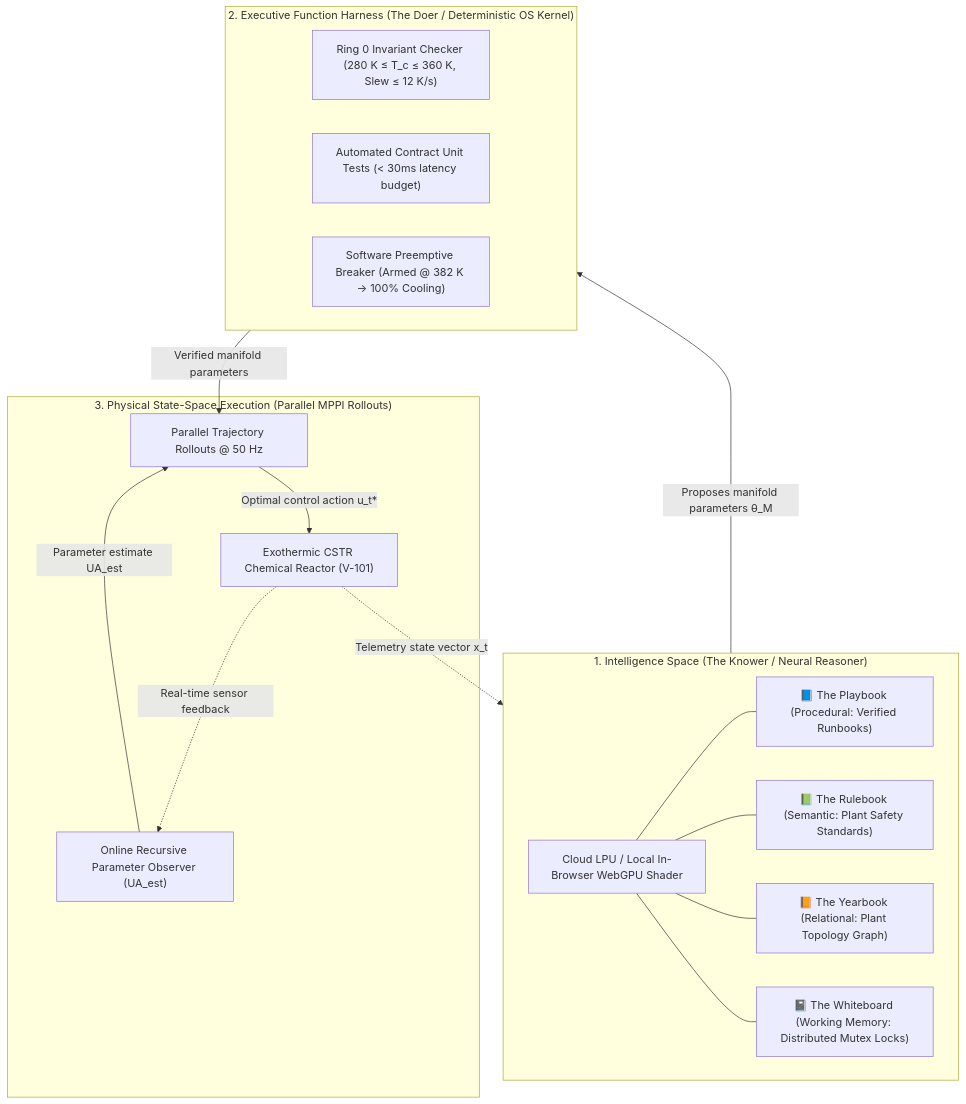
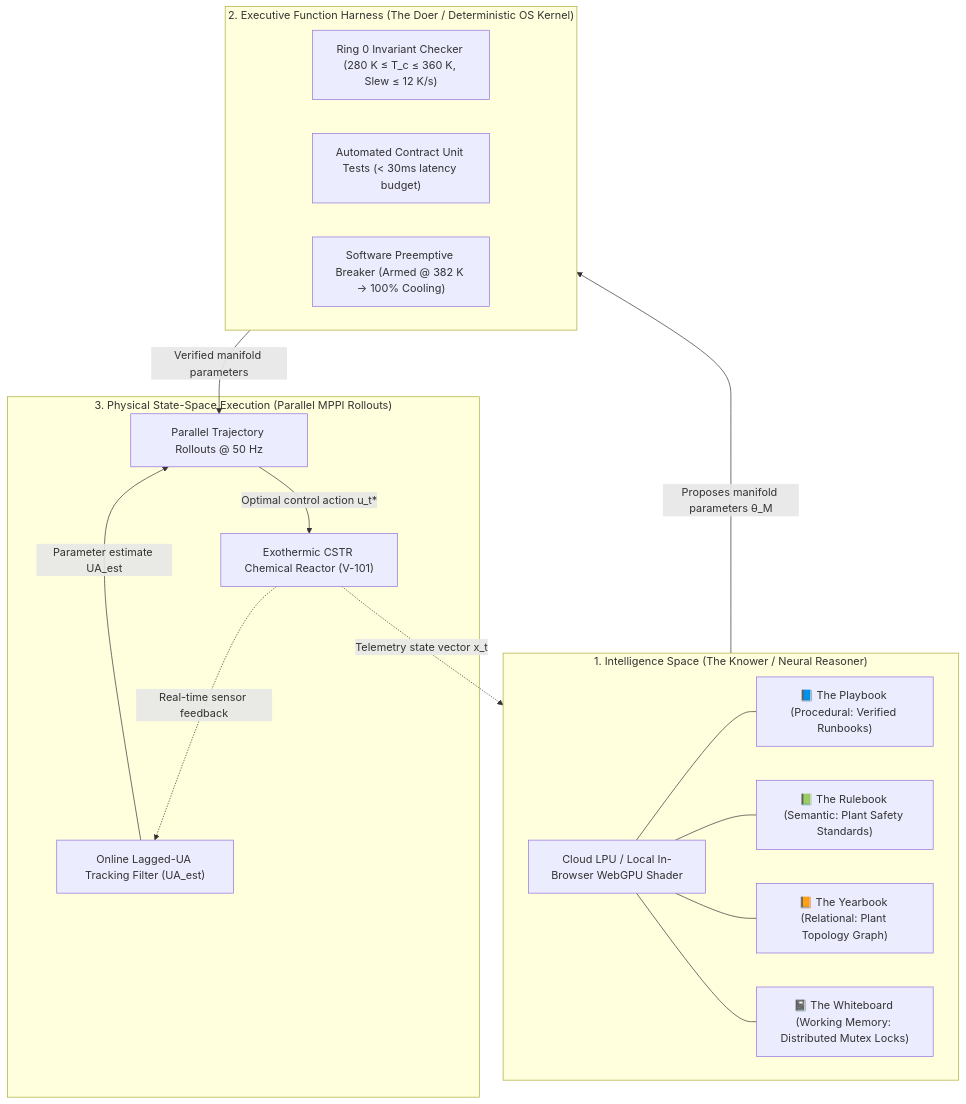
Before and after one commit to cosmosanalytics/uat-copilot-local: the second of 2 diagrams in agentic_mpc_paper.md, drawn with Mermaid. The commit also changed other lines of this file and 12 other files, not shown here.

````diff
--- a/agentic_mpc_paper.md
+++ b/agentic_mpc_paper.md
@@ -55,33 +55,33 @@
 ```mermaid
 flowchart TD
     subgraph IntelligenceSpace ["1. Intelligence Space (The Knower / Neural Reasoner)"]
         LLM["Cloud LPU / Local In-Browser WebGPU Shader"]
         M1["📘 The Playbook (Procedural: Verified Runbooks)"]
         M2["📗 The Rulebook (Semantic: Plant Safety Standards)"]
         M3["📙 The Yearbook (Relational: Plant Topology Graph)"]
         M4["📓 The Whiteboard (Working Memory: Distributed Mutex Locks)"]
         LLM --- M1
         LLM --- M2
         LLM --- M3
         LLM --- M4
     end
 
     subgraph Harness ["2. Executive Function Harness (The Doer / Deterministic OS Kernel)"]
         R0["Ring 0 Invariant Checker (280 K ≤ T_c ≤ 360 K, Slew ≤ 12 K/s)"]
         Contract["Automated Contract Unit Tests (< 30ms latency budget)"]
         Breaker["Software Preemptive Breaker (Armed @ 382 K -> 100% Cooling)"]
     end
 
     subgraph PhysicalSpace ["3. Physical State-Space Execution (Parallel MPPI Rollouts)"]
-        Observer["Online Recursive Parameter Observer (UA_est)"]
+        Observer["Online Lagged-UA Tracking Filter (UA_est)"]
         GPU["Parallel Trajectory Rollouts @ 50 Hz"]
         Plant["Exothermic CSTR Chemical Reactor (V-101)"]
     end
 
     IntelligenceSpace -->|Proposes manifold parameters θ_M| Harness
     Harness -->|Verified manifold parameters| GPU
     Observer -->|Parameter estimate UA_est| GPU
     GPU -->|Optimal control action u_t*| Plant
     Plant -.->|Telemetry state vector x_t| IntelligenceSpace
     Plant -.->|Real-time sensor feedback| Observer
 ```
````
